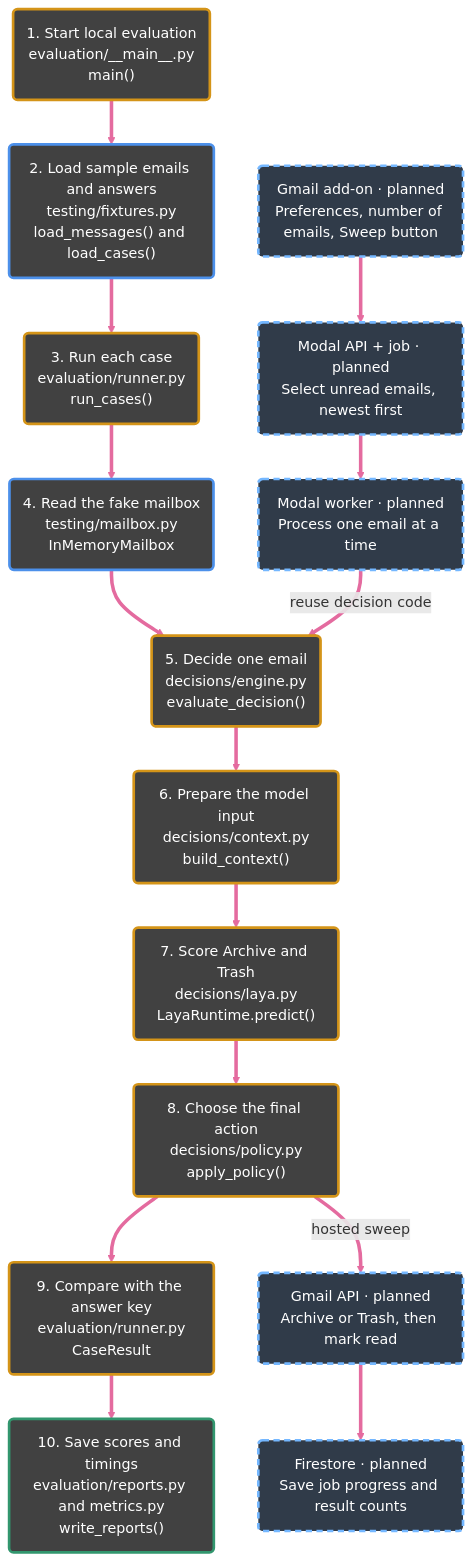
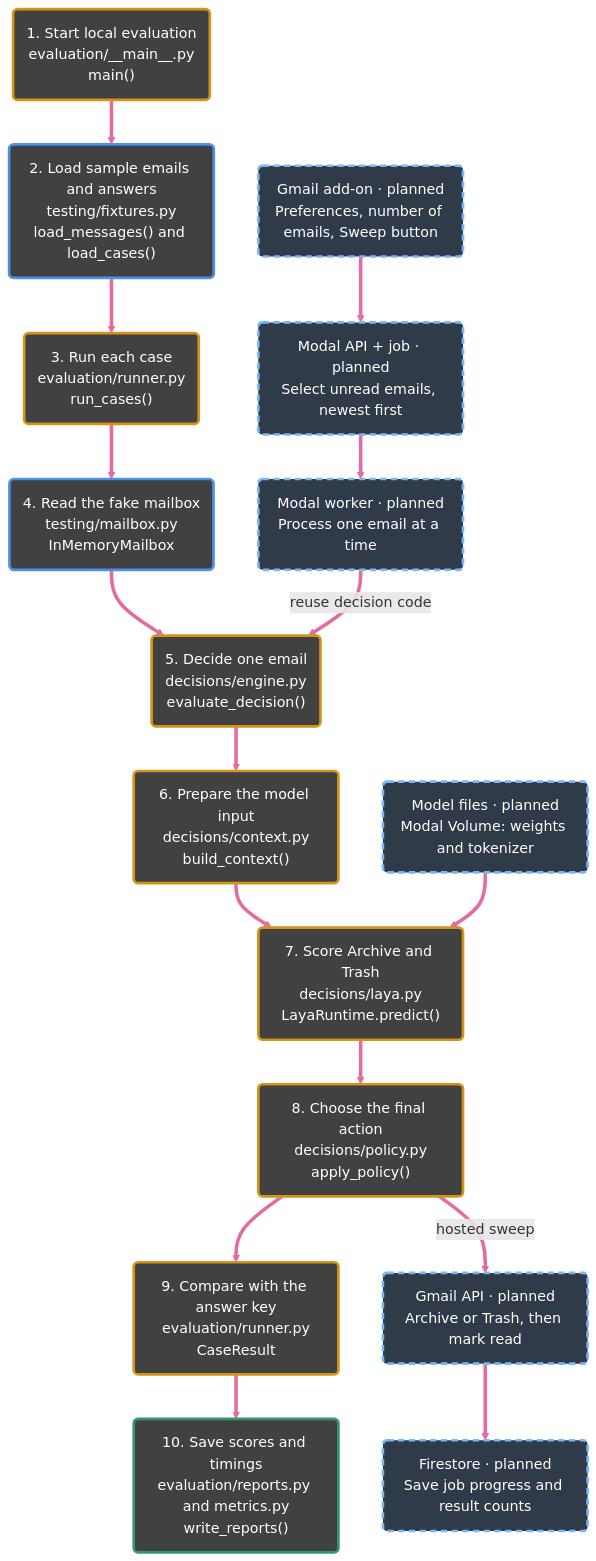
One commit to dylanrkuster/sweep changed the diagram in README.md. Above: the diagram before and after it, drawn with Mermaid.

Commit message:
Show planned model storage in code map

````diff
--- a/README.md
+++ b/README.md
@@ -11,34 +11,36 @@
 ```mermaid
 flowchart TB
     start("1. Start local evaluation<br/>evaluation/__main__.py<br/>main()")
     fixtures("2. Load sample emails and answers<br/>testing/fixtures.py<br/>load_messages() and load_cases()")
     runner("3. Run each case<br/>evaluation/runner.py<br/>run_cases()")
     fake("4. Read the fake mailbox<br/>testing/mailbox.py<br/>InMemoryMailbox")
     engine("5. Decide one email<br/>decisions/engine.py<br/>evaluate_decision()")
     context("6. Prepare the model input<br/>decisions/context.py<br/>build_context()")
     laya("7. Score Archive and Trash<br/>decisions/laya.py<br/>LayaRuntime.predict()")
     policy("8. Choose the final action<br/>decisions/policy.py<br/>apply_policy()")
     compare("9. Compare with the answer key<br/>evaluation/runner.py<br/>CaseResult")
     report("10. Save scores and timings<br/>evaluation/reports.py and metrics.py<br/>write_reports()")
 
     gmail_ui("Gmail add-on · planned<br/>Preferences, number of emails, Sweep button")
     api("Modal API + job · planned<br/>Select unread emails, newest first")
     worker("Modal worker · planned<br/>Process one email at a time")
+    model_files("Model files · planned<br/>Modal Volume: weights and tokenizer")
     gmail_api("Gmail API · planned<br/>Archive or Trash, then mark read")
     firestore("Firestore · planned<br/>Save job progress and result counts")
 
     start --> fixtures --> runner --> fake --> engine --> context --> laya --> policy --> compare --> report
     gmail_ui --> api --> worker
     worker -->|reuse decision code| engine
+    model_files --> laya
     policy -->|hosted sweep| gmail_api --> firestore
 
     linkStyle default stroke:#e46b9f,stroke-width:4px;
     classDef input fill:#414141,stroke:#4c90ea,stroke-width:3px,color:#ffffff;
     classDef work fill:#414141,stroke:#d49418,stroke-width:3px,color:#ffffff;
     classDef output fill:#414141,stroke:#32966e,stroke-width:3px,color:#ffffff;
     classDef planned fill:#303b49,stroke:#74b7ff,stroke-width:3px,stroke-dasharray:7 5,color:#ffffff;
     class fixtures,fake input;
     class start,runner,engine,context,laya,policy,compare work;
     class report output;
-    class gmail_ui,api,worker,gmail_api,firestore planned;
+    class gmail_ui,api,worker,model_files,gmail_api,firestore planned;
 ```
````
